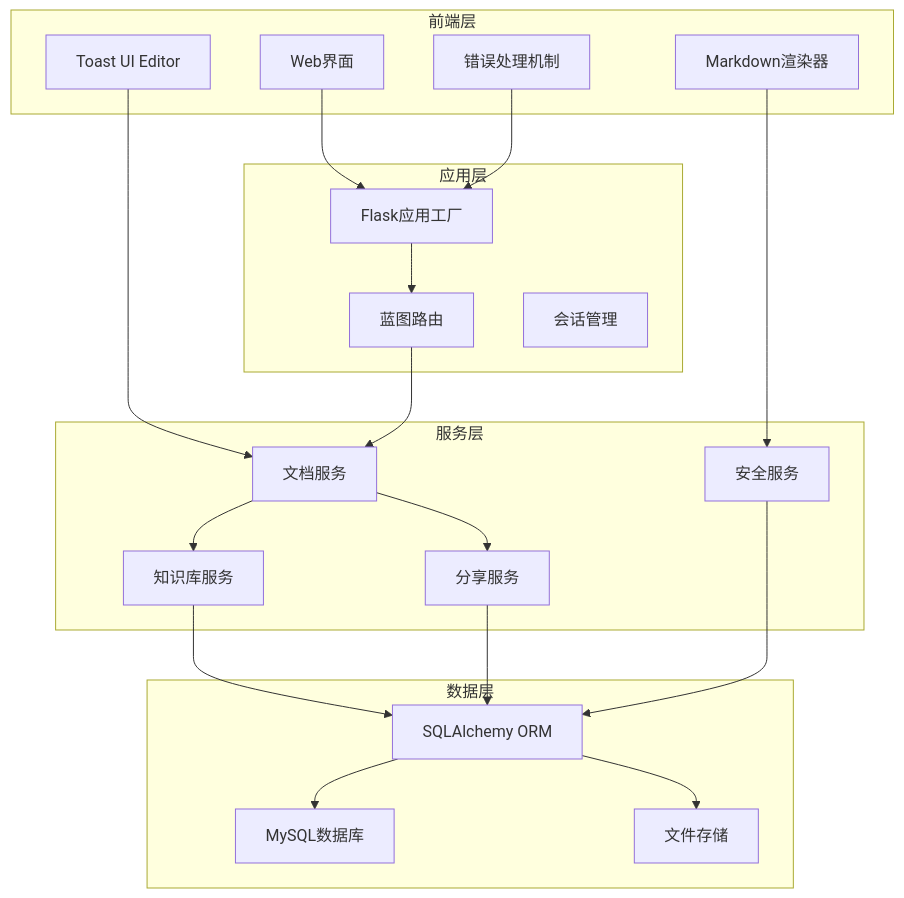
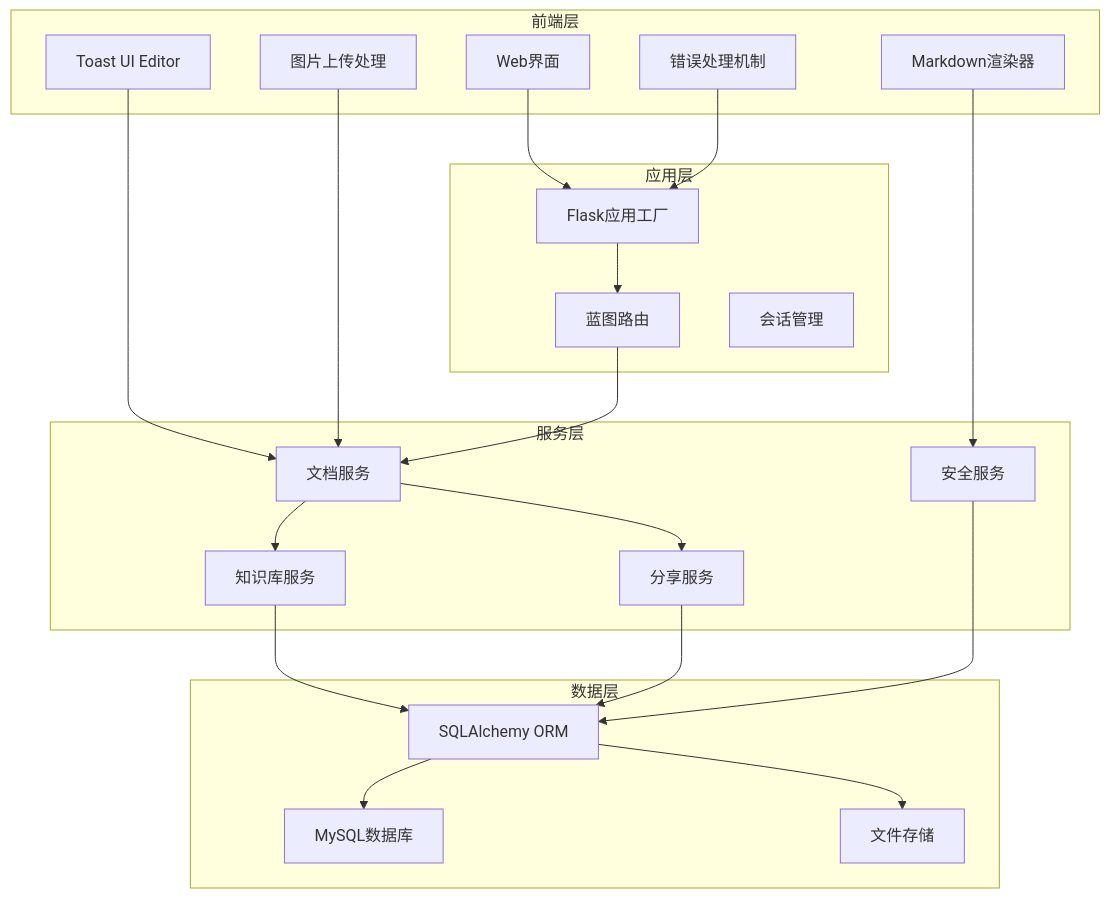
One commit to beyondalbert/my_wiki changed the fourth of 17 diagrams in .qoder/repowiki/zh/content/架构设计/蓝图系统设计/文档蓝图 (Document Blueprint).md. Above: the diagram before and after it, drawn with Mermaid. The commit also changed other lines of this file and 6 other files, not shown here.

````diff
--- a/.qoder/repowiki/zh/content/架构设计/蓝图系统设计/文档蓝图 (Document Blueprint).md
+++ b/.qoder/repowiki/zh/content/架构设计/蓝图系统设计/文档蓝图 (Document Blueprint).md
@@ -195,38 +267,40 @@
 ```mermaid
 graph TB
 subgraph "前端层"
 A[Web界面]
 B[Toast UI Editor]
 C[Markdown渲染器]
 D[错误处理机制]
+E[图片上传处理]
 end
 subgraph "应用层"
-E[Flask应用工厂]
-F[蓝图路由]
-G[会话管理]
+F[Flask应用工厂]
+G[蓝图路由]
+H[会话管理]
 end
 subgraph "服务层"
-H[文档服务]
-I[知识库服务]
-J[分享服务]
-K[安全服务]
+I[文档服务]
+J[知识库服务]
+K[分享服务]
+L[安全服务]
 end
 subgraph "数据层"
-L[SQLAlchemy ORM]
-M[MySQL数据库]
-N[文件存储]
+M[SQLAlchemy ORM]
+N[MySQL数据库]
+O[文件存储]
 end
-A --> E
-B --> H
-C --> K
-D --> E
-E --> F
-F --> H
-H --> I
-H --> J
-I --> L
-J --> L
-K --> L
+A --> F
+B --> I
+C --> L
+D --> F
+E --> I
+F --> G
+G --> I
+I --> J
+I --> K
+J --> M
+K --> M
 L --> M
-L --> N
+M --> N
+M --> O
 ```
````
